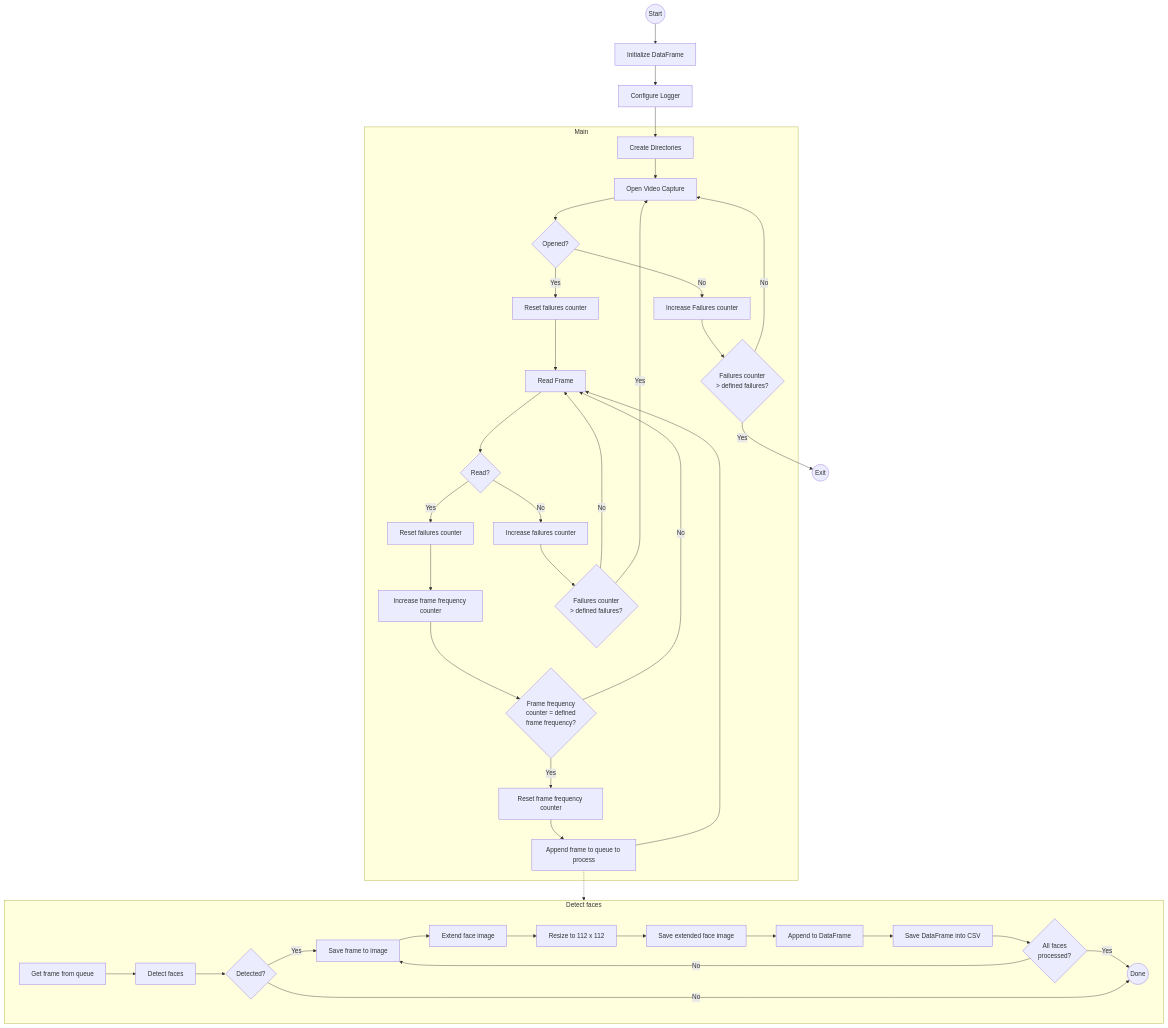
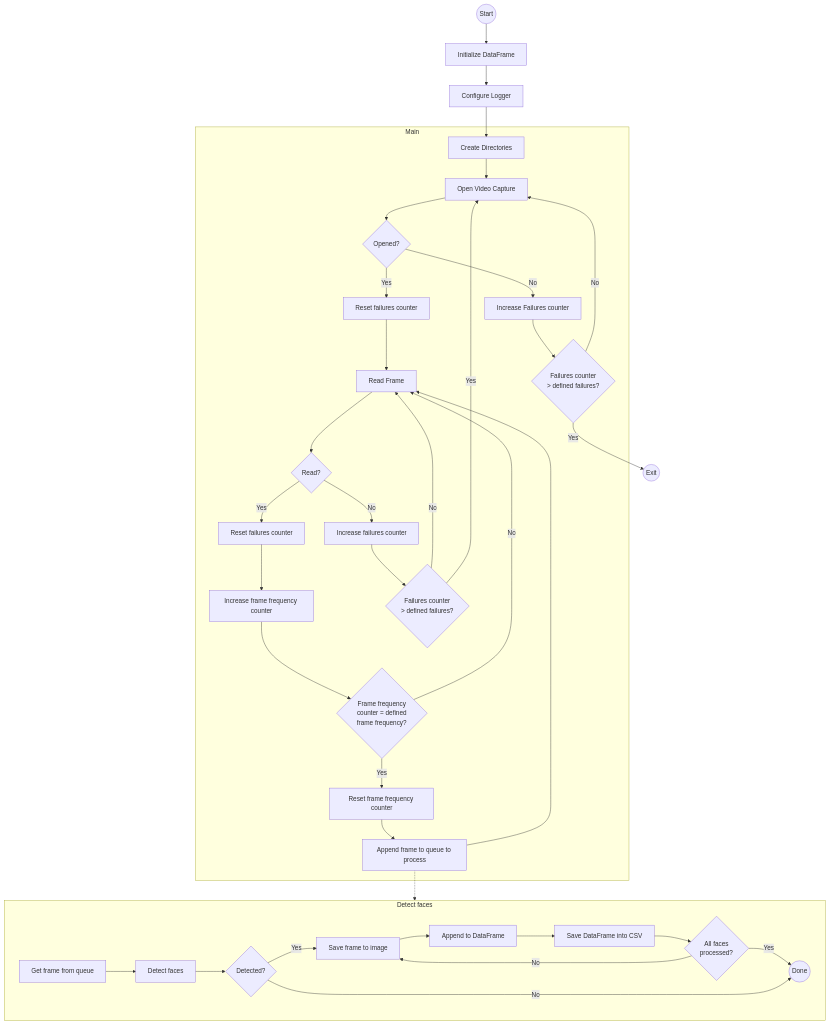
Before and after one commit to khoilr/deepface: the diagram in detection_workflow.md, drawn with Mermaid. The commit also changed 2893 other files, not shown here.

````diff
--- a/detection_workflow.md
+++ b/detection_workflow.md
@@ -1,45 +1,42 @@
 ```mermaid
 graph TD
     A((Start)) --> B[Initialize DataFrame]
     B --> C[Configure Logger]
     C --> D[Create Directories]
     subgraph Main
         D --> E[Open Video Capture]
         E --> F{Opened?}
         F --> |Yes| AA[Reset failures counter]
         AA --> G[Read Frame]
         G --> H{Read?}
         H --> |Yes| T[Reset failures counter]
         T --> U[Increase frame frequency counter]
         U --> V{Frame frequency <br> counter = defined <br> frame frequency?}
         V --> |Yes| W[Reset frame frequency counter]
         V --> |No| G 
         H --> |No| R[Increase failures counter]
         R --> S{Failures counter <br> > defined failures?}
         S --> |No| G
         S --> |Yes| E
         F --> |No| X[Increase Failures counter]
         X --> Y{Failures counter <br> > defined failures?}
         Y --> |No| E
         W --> AC[Append frame to queue to process]
         AC --> G
     end
     AC -.-> SA
     subgraph SA[Detect faces]
         AD[Get frame from queue] --> AE[Detect faces]
         AE --> J{Detected?}
         J -->|Yes| L[Save frame to image]
-        L --> M[Extend face image]
-        M --> AB[Resize to 112 x 112]
-        AB --> N[Save extended face image]
-        N --> P[Append to DataFrame]
+        L --> P[Append to DataFrame]
         P --> Q[Save DataFrame into CSV]
         Q --> AF{All faces <br> processed?}
         AF --> |No| L
         AF --> |Yes| AG((Done))
         J --> |No| AG
     end
     Y --> |Yes| Z((Exit))
 
 classDef empty width:0px,height:0px;
 ```
````
